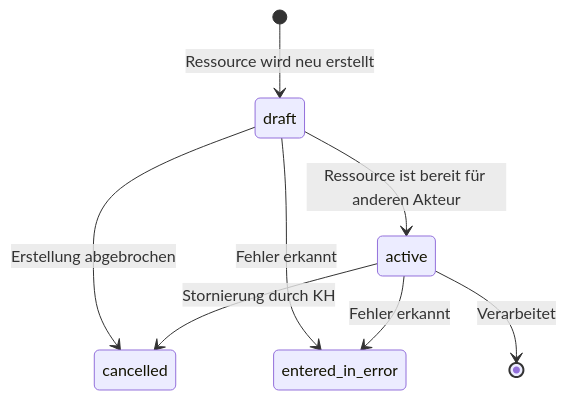
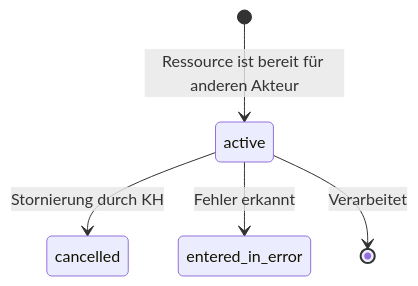
Before and after one commit to HL7Austria/ELGA-MOPED-R5: the third of 8 diagrams in input/pagecontent/workflowmanagement.md, drawn with Mermaid. The commit also changed 1 other file, not shown here.

Commit message:
#388 ausbesserung beschreibung

```diff
--- a/input/pagecontent/workflowmanagement.md
+++ b/input/pagecontent/workflowmanagement.md
@@ -35,11 +35,8 @@
 <pre class="mermaid">
     stateDiagram-v2
-    [*] --> draft : Ressource wird neu erstellt
-    draft --> active : Ressource ist bereit für anderen Akteur
-    draft --> cancelled : Erstellung abgebrochen
-    draft --> entered_in_error : Fehler erkannt
+    [*] --> active : Ressource ist bereit für anderen Akteur
 
     active --> cancelled : Stornierung durch KH
     active --> entered_in_error : Fehler erkannt
     active --> [*] : Verarbeitet
 </pre>
```
